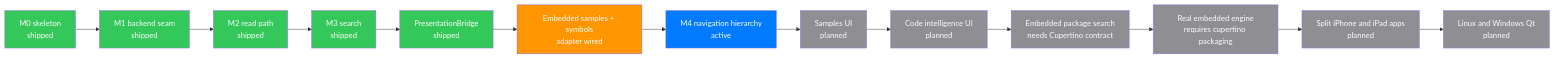
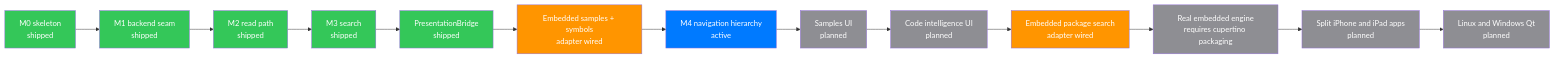
The second of 3 diagrams in README.md (mihaelamj/cupertino-desktop), drawn with Mermaid before and after one commit. The commit also changed other lines of this file and 11 other files, not shown here.

Commit message:
feat(embedded): expose package search reader

````diff
--- a/README.md
+++ b/README.md
@@ -73,27 +73,27 @@
 ```mermaid
 flowchart LR
     m0["M0 skeleton<br/>shipped"] --> m1["M1 backend seam<br/>shipped"]
     m1 --> m2["M2 read path<br/>shipped"]
     m2 --> m3["M3 search<br/>shipped"]
     m3 --> bridge["PresentationBridge<br/>shipped"]
     bridge --> slices["Embedded samples + symbols<br/>adapter wired"]
     slices --> nav["M4 navigation hierarchy<br/>active"]
     nav --> samples["Samples UI<br/>planned"]
     samples --> symbols["Code intelligence UI<br/>planned"]
-    symbols --> packageReader["Embedded package search<br/>needs Cupertino contract"]
+    symbols --> packageReader["Embedded package search<br/>adapter wired"]
     packageReader --> embedded["Real embedded engine<br/>requires cupertino packaging"]
     embedded --> mobile["Split iPhone and iPad apps<br/>planned"]
     mobile --> qt["Linux and Windows Qt<br/>planned"]
 
     class m0,m1,m2,m3,bridge done
-    class slices partial
+    class slices,packageReader partial
     class nav active
-    class samples,symbols,packageReader,embedded,mobile,qt todo
+    class samples,symbols,embedded,mobile,qt todo
 
     classDef done    fill:#34C759,color:#FFFFFF
     classDef review  fill:#30B0C7,color:#FFFFFF
     classDef active  fill:#007AFF,color:#FFFFFF
     classDef next    fill:#5856D6,color:#FFFFFF
     classDef partial fill:#FF9500,color:#FFFFFF
     classDef todo    fill:#8E8E93,color:#FFFFFF
 ```
````
